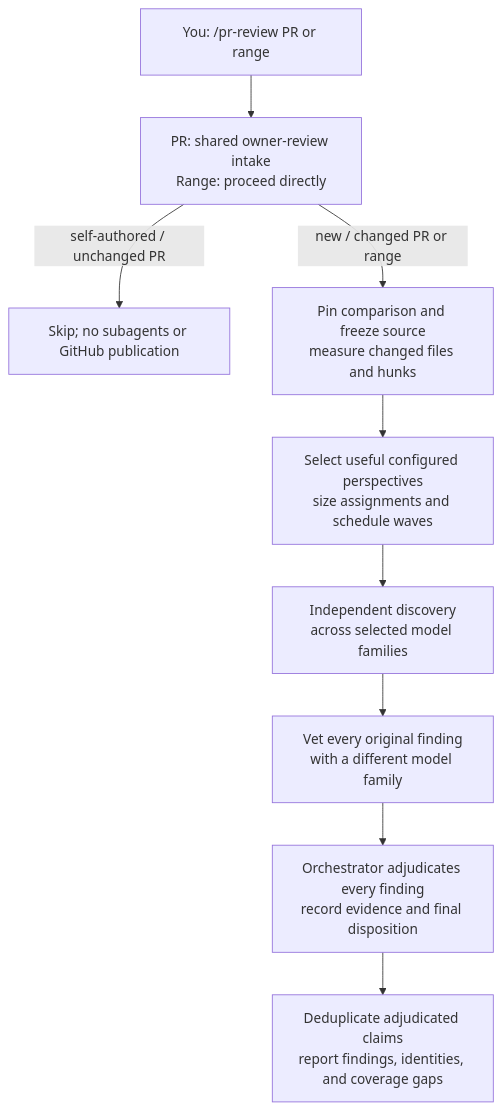
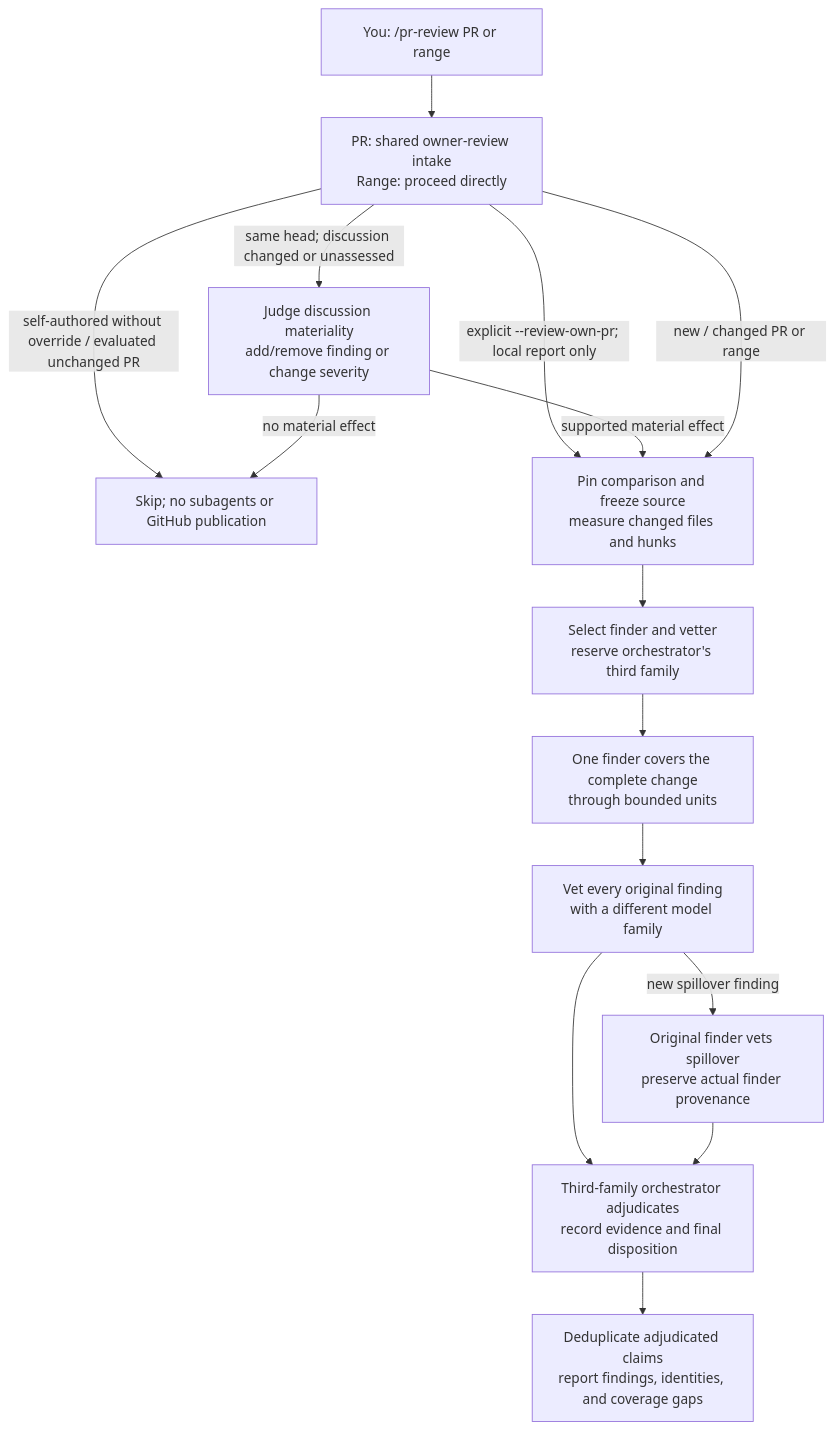
The second of 5 diagrams in README.md (beardedeagle/zetta-delta), drawn with Mermaid before and after one commit. The commit also changed other lines of this file and 26 other files, not shown here.

````diff
--- a/README.md
+++ b/README.md
@@ -539,11 +586,17 @@
 ```mermaid
 flowchart TD
   U["You: /pr-review PR or range"] --> I["PR: shared owner-review intake<br/>Range: proceed directly"]
-  I -->|"self-authored / unchanged PR"| K["Skip; no subagents or GitHub publication"]
+  I -->|"self-authored without override / evaluated unchanged PR"| K["Skip; no subagents or GitHub publication"]
+  I -->|"explicit --review-own-pr; local report only"| T
+  I -->|"same head; discussion changed or unassessed"| M["Judge discussion materiality<br/>add/remove finding or change severity"]
+  M -->|"no material effect"| K
+  M -->|"supported material effect"| T
   I -->|"new / changed PR or range"| T["Pin comparison and freeze source<br/>measure changed files and hunks"]
-  T --> S["Select useful configured perspectives<br/>size assignments and schedule waves"]
-  S --> D["Independent discovery<br/>across selected model families"]
+  T --> S["Select finder and vetter<br/>reserve orchestrator's third family"]
+  S --> D["One finder covers the complete change<br/>through bounded units"]
   D --> V["Vet every original finding<br/>with a different model family"]
-  V --> A["Orchestrator adjudicates every finding<br/>record evidence and final disposition"]
+  V -->|"new spillover finding"| F["Original finder vets spillover<br/>preserve actual finder provenance"]
+  V --> A["Third-family orchestrator adjudicates<br/>record evidence and final disposition"]
+  F --> A
   A --> R["Deduplicate adjudicated claims<br/>report findings, identities, and coverage gaps"]
 ```
````
